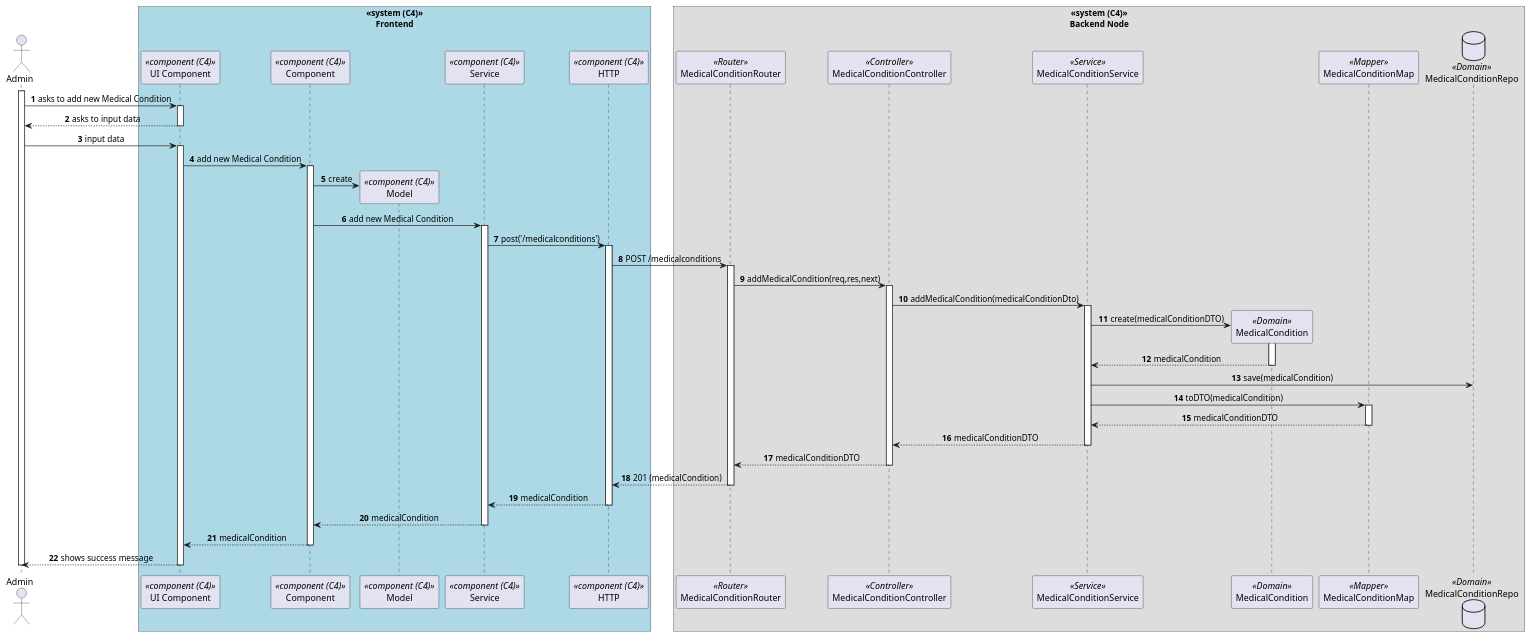
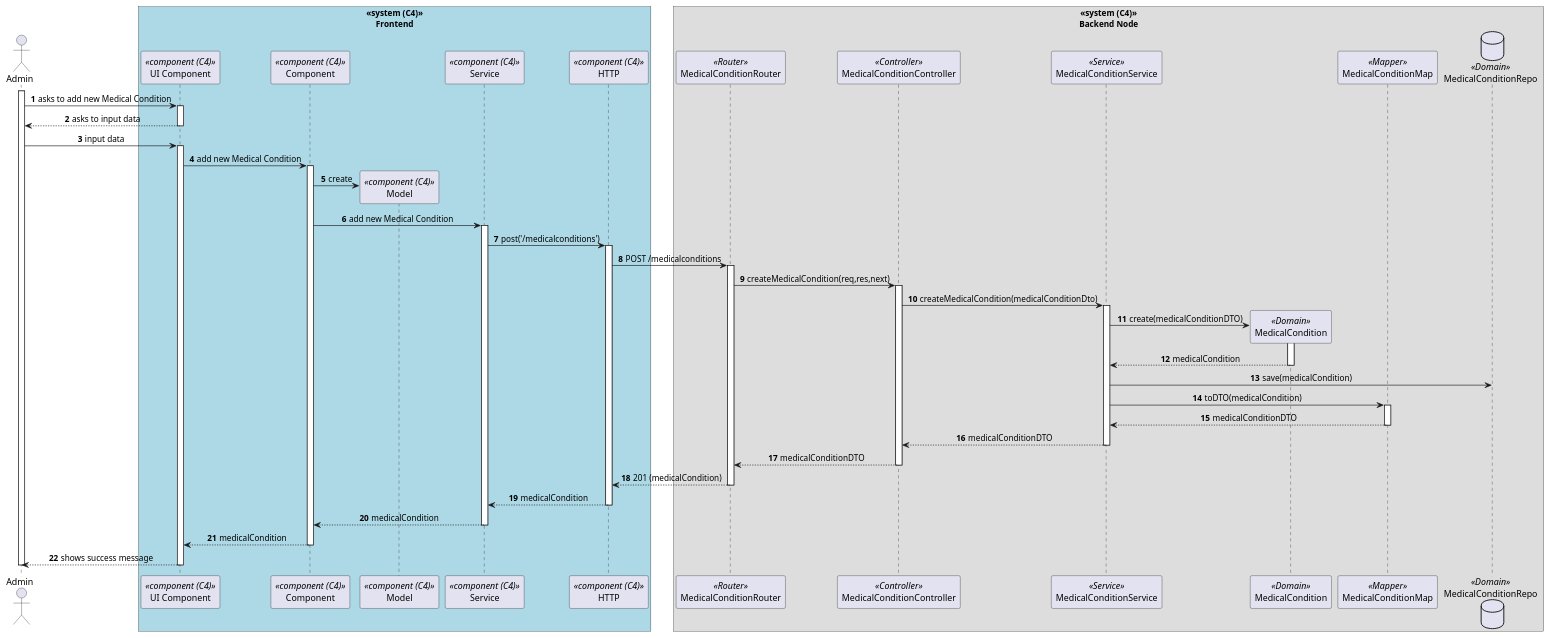
One commit to 1220846/sem5pi-24-25-3ddg20 changed the diagram in docs/sprint-c/us-7.2.4/views/level3/process-view.puml. Above: the diagram before and after it, drawn with PlantUML.

Commit message:
Correction of documentation level3 #103

```diff
--- a/docs/sprint-c/us-7.2.4/views/level3/process-view.puml
+++ b/docs/sprint-c/us-7.2.4/views/level3/process-view.puml
@@ -1,67 +1,67 @@
 @startuml process-view
 autonumber
 skinparam DefaultTextAlignment center
 actor Admin as "Admin"
 box "<<system (C4)>>\nFrontend"#LightBlue
     participant ComponentUI as "UI Component" <<component (C4)>>
     participant Component as "Component" <<component (C4)>>
     participant Model as "Model" <<component (C4)>>
     participant Service as "Service" <<component (C4)>>
     participant HTTP as "HTTP" <<component (C4)>>
 end box
 box "<<system (C4)>>\nBackend Node"
     participant Router as "MedicalConditionRouter"<<Router>>
     participant Controller as "MedicalConditionController"<<Controller>>
     participant Service_ as "MedicalConditionService"<<Service>>
     participant MedicalCondition as "MedicalCondition"<<Domain>>
     participant MedicalConditionMap as "MedicalConditionMap"<<Mapper>>
     database MedicalConditionRepo as "MedicalConditionRepo"<<Domain>>
 end box
 activate Admin
     Admin -> ComponentUI : asks to add new Medical Condition
     activate ComponentUI
         ComponentUI --> Admin : asks to input data
     deactivate ComponentUI
     Admin -> ComponentUI : input data
     activate ComponentUI
         ComponentUI -> Component : add new Medical Condition
         activate Component
             Component -> Model** : create
             
             Component -> Service : add new Medical Condition
             activate Service
                 Service -> HTTP : post('/medicalconditions')
                 activate HTTP
                     HTTP -> Router : POST /medicalconditions
                     activate Router
-                        Router -> Controller : addMedicalCondition(req,res,next)
+                        Router -> Controller : createMedicalCondition(req,res,next)
                         activate Controller
-                            Controller -> Service_ : addMedicalCondition(medicalConditionDto)
+                            Controller -> Service_ : createMedicalCondition(medicalConditionDto)
                             
                             activate Service_
                                 Service_ -> MedicalCondition**: create(medicalConditionDTO)
                                 activate MedicalCondition
                                     MedicalCondition --> Service_ : medicalCondition
                                 deactivate MedicalCondition
                                 Service_ -> MedicalConditionRepo : save(medicalCondition)
                                 Service_ -> MedicalConditionMap : toDTO(medicalCondition)
                                 activate MedicalConditionMap
                                     MedicalConditionMap --> Service_ : medicalConditionDTO
                                 deactivate MedicalConditionMap
                                 
                                 Service_ --> Controller : medicalConditionDTO
                             deactivate Service_
                             Controller --> Router : medicalConditionDTO
                         deactivate Controller
                         Router --> HTTP : 201 (medicalCondition)
                     deactivate Router
                     HTTP --> Service : medicalCondition
                 deactivate HTTP
                 Service --> Component : medicalCondition
             deactivate Service
             Component --> ComponentUI : medicalCondition
         deactivate Component
     Admin <-- ComponentUI : shows success message
     deactivate ComponentUI
 deactivate Admin
 @enduml
```
